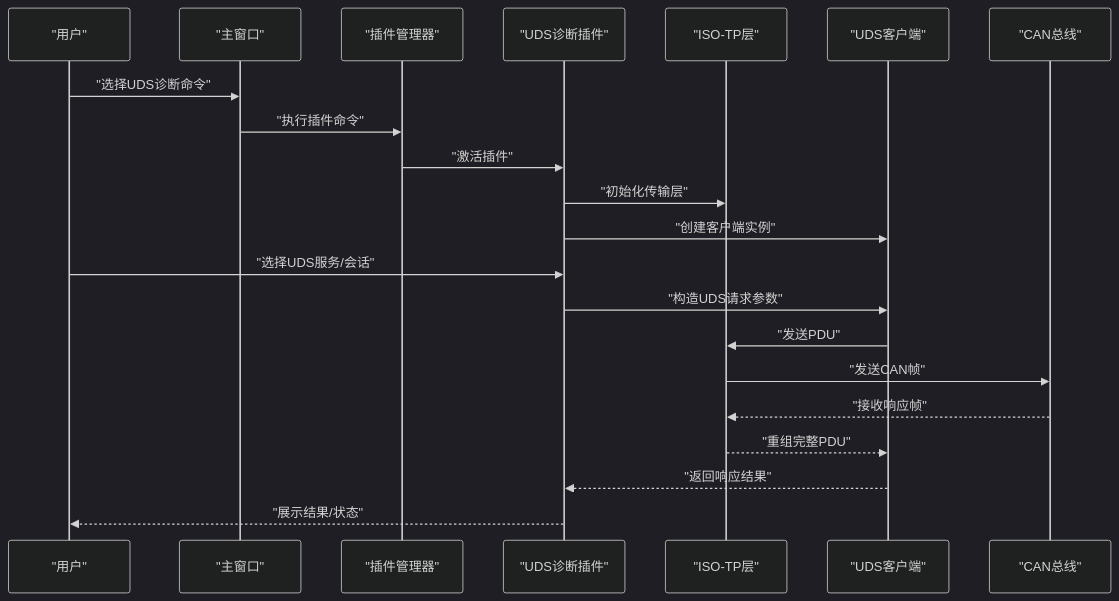
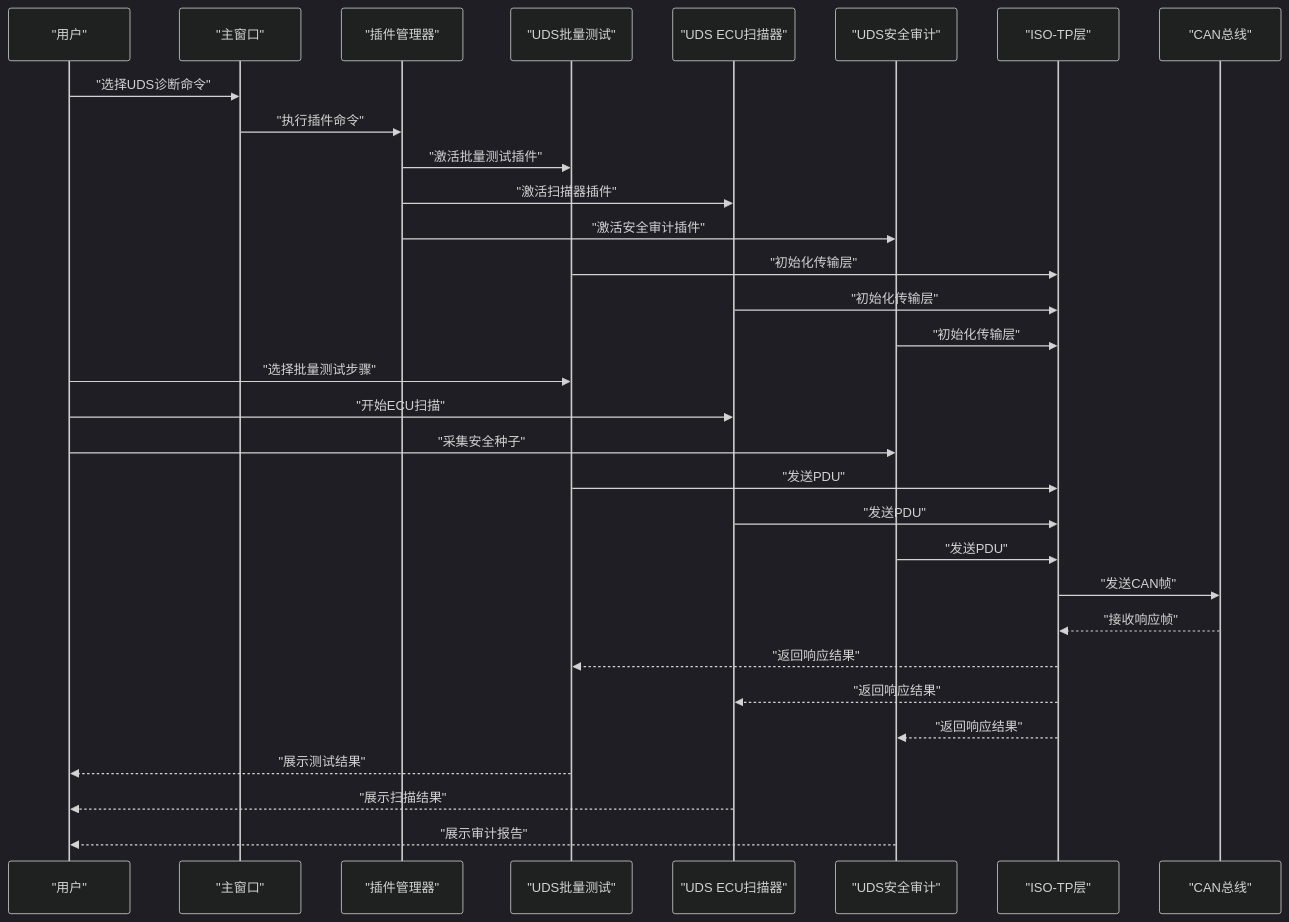
Before and after one commit to jakecai1225-design/OpenBus: the second of 7 diagrams in .qoder/repowiki/zh/content/核心模块详解/UDS诊断接口.md, drawn with Mermaid (dark theme). The commit also changed other lines of this file and 80 other files, not shown here.

Commit message:
graphic 优化

````diff
--- a/.qoder/repowiki/zh/content/核心模块详解/UDS诊断接口.md
+++ b/.qoder/repowiki/zh/content/核心模块详解/UDS诊断接口.md
@@ -109,23 +125,33 @@
 ```mermaid
 sequenceDiagram
 participant User as "用户"
 participant MainWindow as "主窗口"
 participant PluginMgr as "插件管理器"
-participant UDSPlugin as "UDS诊断插件"
+participant UDSBatch as "UDS批量测试"
+participant UDSScan as "UDS ECU扫描器"
+participant UDSSecurity as "UDS安全审计"
 participant Isotp as "ISO-TP层"
-participant Client as "UDS客户端"
 participant CANBus as "CAN总线"
 User->>MainWindow : "选择UDS诊断命令"
 MainWindow->>PluginMgr : "执行插件命令"
-PluginMgr->>UDSPlugin : "激活插件"
-UDSPlugin->>Isotp : "初始化传输层"
-UDSPlugin->>Client : "创建客户端实例"
-User->>UDSPlugin : "选择UDS服务/会话"
-UDSPlugin->>Client : "构造UDS请求参数"
-Client->>Isotp : "发送PDU"
+PluginMgr->>UDSBatch : "激活批量测试插件"
+PluginMgr->>UDSScan : "激活扫描器插件"
+PluginMgr->>UDSSecurity : "激活安全审计插件"
+UDSBatch->>Isotp : "初始化传输层"
+UDSScan->>Isotp : "初始化传输层"
+UDSSecurity->>Isotp : "初始化传输层"
+User->>UDSBatch : "选择批量测试步骤"
+User->>UDSScan : "开始ECU扫描"
+User->>UDSSecurity : "采集安全种子"
+UDSBatch->>Isotp : "发送PDU"
+UDSScan->>Isotp : "发送PDU"
+UDSSecurity->>Isotp : "发送PDU"
 Isotp->>CANBus : "发送CAN帧"
 CANBus-->>Isotp : "接收响应帧"
-Isotp-->>Client : "重组完整PDU"
-Client-->>UDSPlugin : "返回响应结果"
-UDSPlugin-->>User : "展示结果/状态"
+Isotp-->>UDSBatch : "返回响应结果"
+Isotp-->>UDSScan : "返回响应结果"
+Isotp-->>UDSSecurity : "返回响应结果"
+UDSBatch-->>User : "展示测试结果"
+UDSScan-->>User : "展示扫描结果"
+UDSSecurity-->>User : "展示审计报告"
 ```
````
